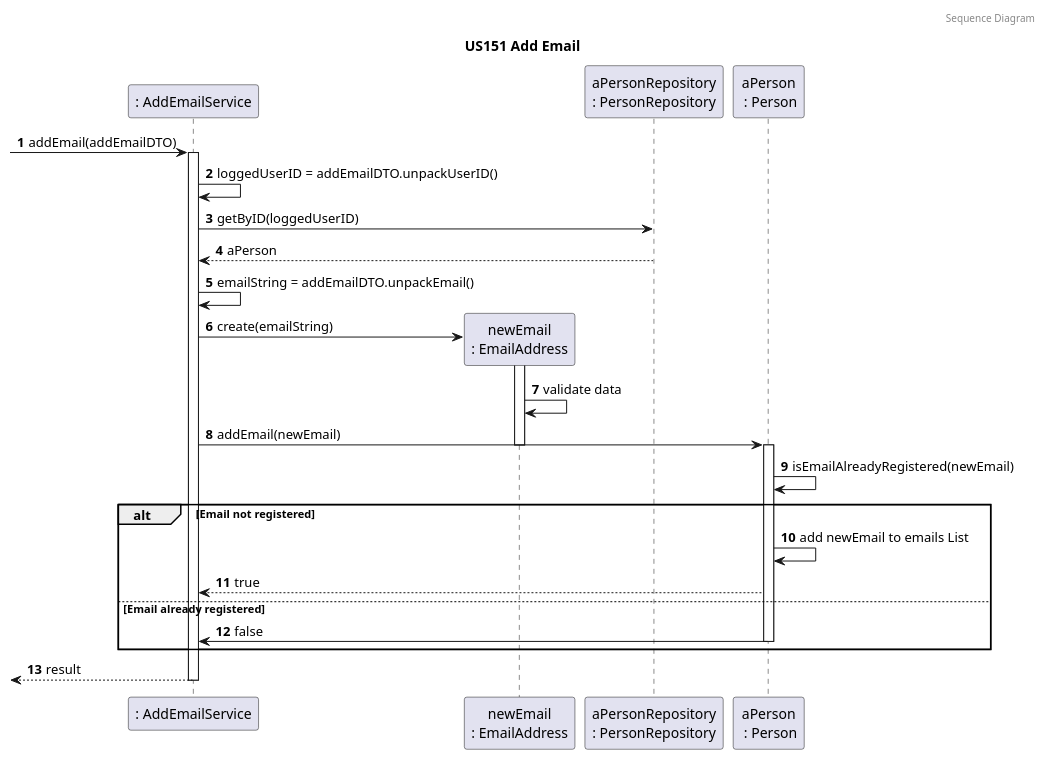
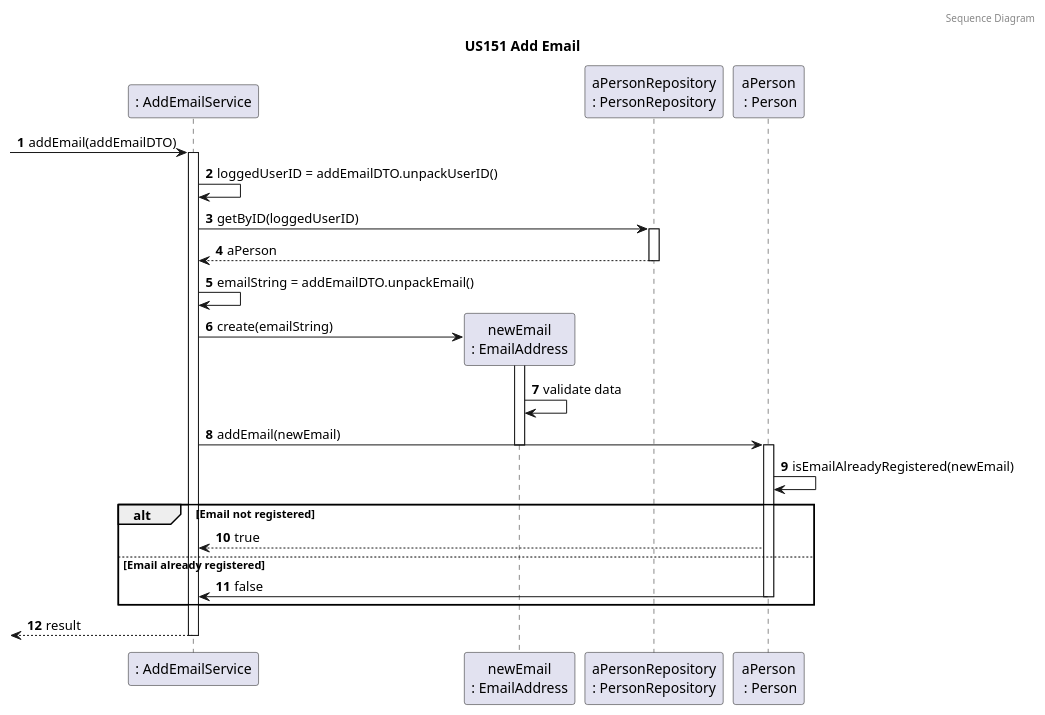
One commit to tomas-osswald/switch_2020_g3 changed the fourth of 4 diagrams in docs/sprint4/user_stories/US151_AddEmail.md. Above: the diagram before and after it, drawn with PlantUML.

`````diff
--- a/docs/sprint4/user_stories/US151_AddEmail.md
+++ b/docs/sprint4/user_stories/US151_AddEmail.md
@@ -201,50 +201,51 @@
 ````puml
 @startuml
 
 autonumber
 header Sequence Diagram
 title US151 Add Email
 
 
 participant ": AddEmailService" as service
 participant "newEmail\n: EmailAddress" as email
 participant "aPersonRepository\n: PersonRepository" as prepository
 participant "aPerson\n : Person" as person
 
 -> service : addEmail(addEmailDTO)
 activate service
 
 service -> service : loggedUserID = addEmailDTO.unpackUserID()
 
 service -> prepository : getByID(loggedUserID)
-prepository --> service: aPerson
+activate prepository
+return aPerson
 
 service -> service : emailString = addEmailDTO.unpackEmail()
 service -> email** : create(emailString)
 activate email
 email -> email : validate data
 
 
 service -> person: addEmail(newEmail)
 deactivate email
 activate person
 person -> person: isEmailAlreadyRegistered(newEmail)
 
 
 alt Email not registered
 
-person -> person: add newEmail to emails List
+
 person --> service: true
 
 
 
 else Email already registered
 
 person -> service: false
 deactivate person
 
 end
 return result
 deactivate service
 @enduml
 ````
`````
